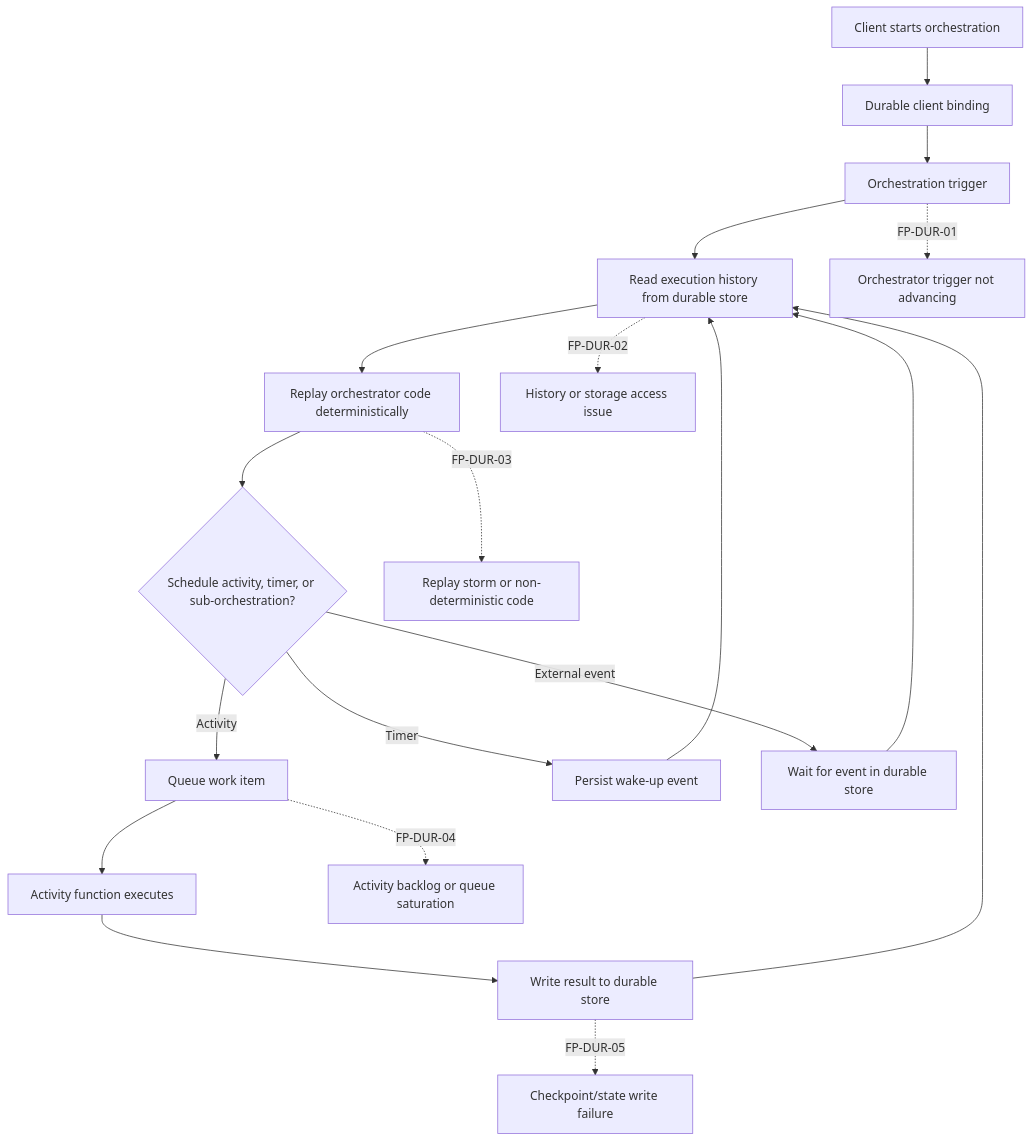
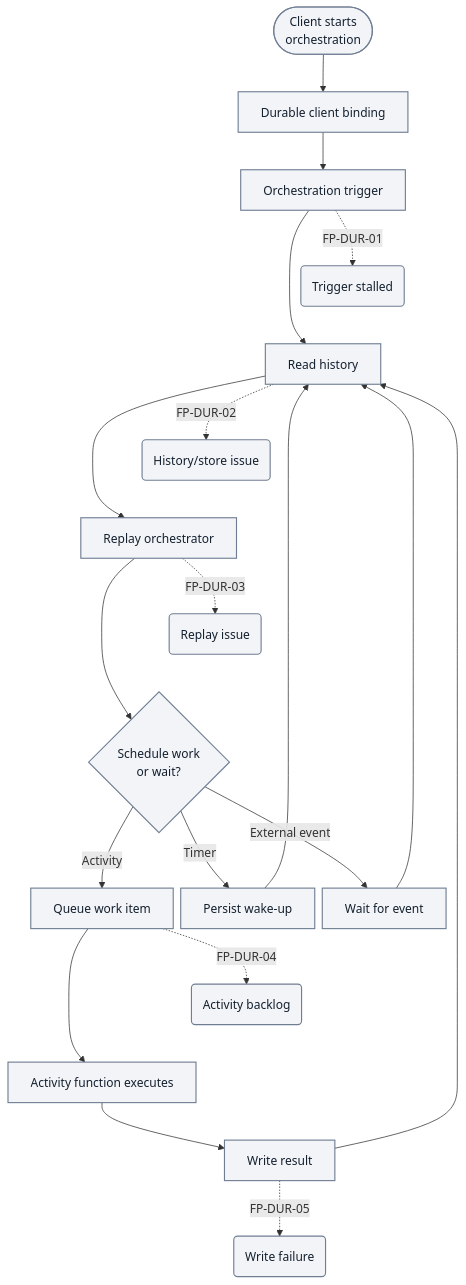
One commit to yeongseon/azure-functions-practical-guide changed the seventh of 10 diagrams in docs/troubleshooting/architecture-components-reference.md. Above: the diagram before and after it, drawn with Mermaid. The commit also changed other lines of this file, not shown here.

First line of the commit message:
docs(diagrams): improve component diagnostic diagram readability

````diff
--- a/docs/troubleshooting/architecture-components-reference.md
+++ b/docs/troubleshooting/architecture-components-reference.md
@@ -474,22 +527,32 @@
 ```mermaid
+%%{init: {'flowchart': {'nodeSpacing': 10}}}%%
 flowchart TD
-    A[Client starts orchestration] --> B[Durable client binding]
+    accTitle: Durable orchestration diagnostic flow
+    accDescr: Illustrative Azure Storage task-hub model; the runtime mediates history reads, persistence and activity scheduling. Replay is the normal reconstruction path; supported caching can avoid a full replay. Activity results, durable timers and external client signals resume processing; waiting itself does not send an event. Sub-orchestrations are also supported, although this figure branches only to activities, timers and external-event waits. Failure points are diagnostic candidates.
+    A(["Client starts<br/>orchestration"]) --> B["Durable client binding"]
     B --> C[Orchestration trigger]
-    C --> D[Read execution history from durable store]
-    D --> E[Replay orchestrator code deterministically]
-    E --> F{Schedule activity, timer, or sub-orchestration?}
+    C --> D["Read history"]
+    D --> E["Replay orchestrator"]
+    E --> F{"Schedule work<br/>or wait?"}
     F -->|Activity| G[Queue work item]
-    F -->|Timer| H[Persist wake-up event]
-    F -->|External event| I[Wait for event in durable store]
-    G --> J[Activity function executes]
-    J --> K[Write result to durable store]
+    F -->|Timer| H["Persist wake-up"]
+    F -->|External event| I["Wait for event"]
+    G --> J["Activity function executes"]
+    J --> K["Write result"]
     H --> D
     I --> D
     K --> D
 
-    C -. FP-DUR-01 .-> C1[Orchestrator trigger not advancing]
-    D -. FP-DUR-02 .-> D1[History or storage access issue]
-    E -. FP-DUR-03 .-> E1[Replay storm or non-deterministic code]
-    G -. FP-DUR-04 .-> G1[Activity backlog or queue saturation]
-    K -. FP-DUR-05 .-> K1["Checkpoint/state write failure"]
+    C -. FP-DUR-01 .-> C1("Trigger stalled")
+    D -. FP-DUR-02 .-> D1("History/store issue")
+    E -. FP-DUR-03 .-> E1("Replay issue")
+    G -. FP-DUR-04 .-> G1("Activity backlog")
+    K -. FP-DUR-05 .-> K1("Write failure")
+    %% Layout-only links tier candidates; they add no diagnostic steps or arrows.
+    C1 ~~~ D
+    D1 ~~~ E
+    E1 ~~~ F
+    G1 ~~~ J
+    classDef baseNeutral fill:#f2f4f8,stroke:#707e93,stroke-width:1.5px,color:#14202e;
+    class A,B,C,D,E,F,G,H,I,J,K,C1,D1,E1,G1,K1 baseNeutral;
 ```
````
